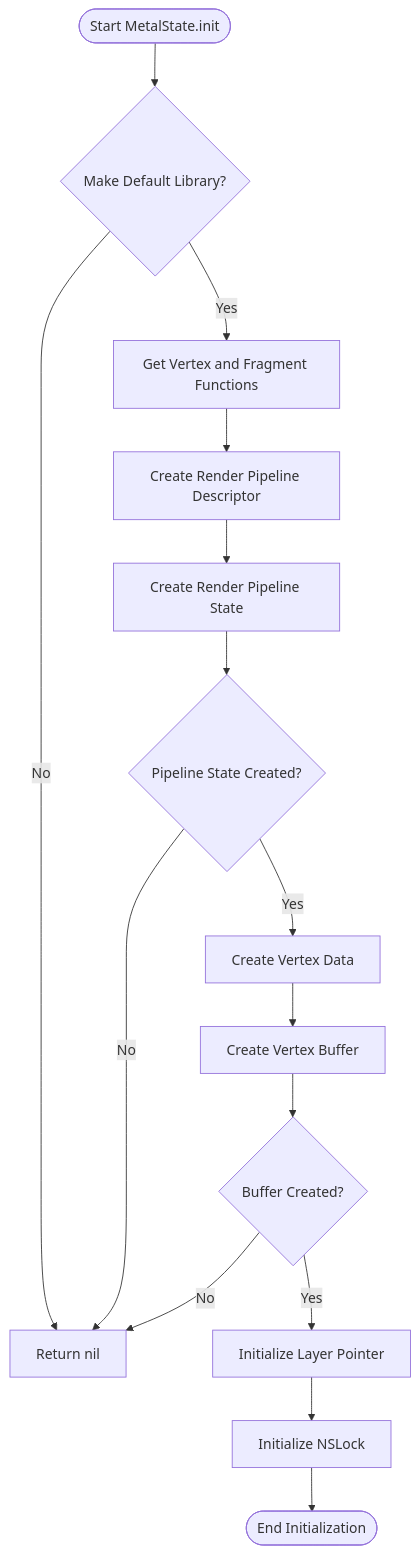
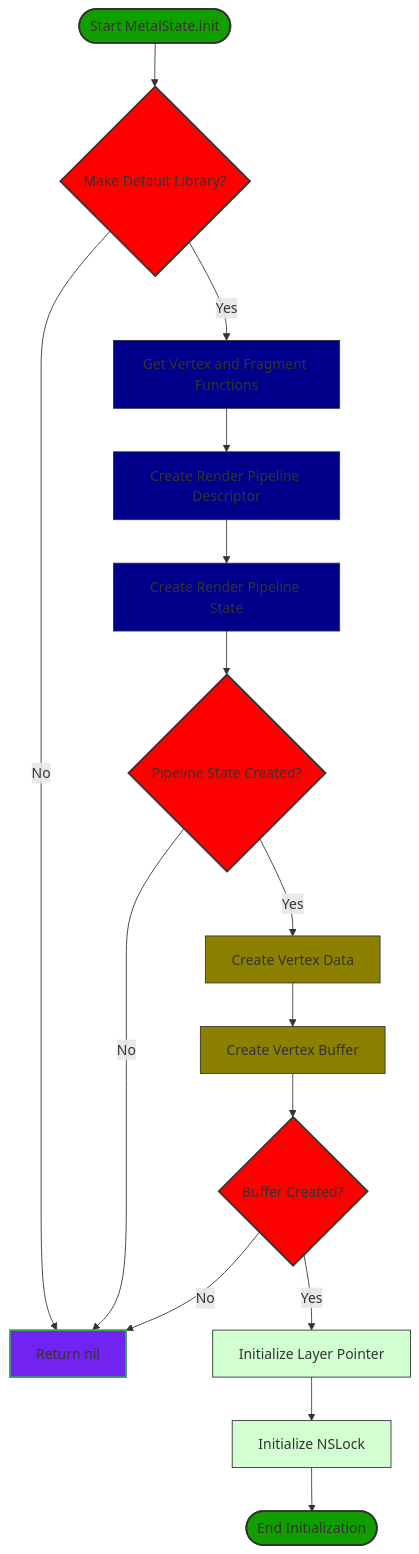
One commit to CongLeSolutionX/Metal-Primitives changed diagram 24 of 25 in Documentation.md. Above: the diagram before and after it, drawn with Mermaid.

Commit message:
update doc with color codes

````diff
--- a/Documentation.md
+++ b/Documentation.md
@@ -1049,27 +1049,46 @@
 ```mermaid
 flowchart TD
-    Start([Start MetalState.init])
-	Start --> CheckLibrary{Make Default Library?}
+%%%%%% Define styles
+%% Define style for crtitical points on the flowchart
+classDef Decision fill:#F7E6,stroke:#FBBC05,stroke-width:2px
+classDef StartEndInitialization fill:#119F00, stroke:#333, stroke-width:2px
+classDef ReturnNil fill:#7222F1, stroke:#34A853, stroke-width:2px
+
+%% Define style for question
+classDef CheckLibrary fill:#ff0000, stroke:#333, stroke-width:2px
+classDef CheckPipelineState fill:#ff0000, stroke:#333, stroke-width:2px
+classDef CheckBuffer fill:#ff0000, stroke:#333, stroke-width:2px
+
+%% Define style for operators
+classDef PipelineStateOperators fill:#00008B, stroke:#333, stroke-width:1px
+classDef VertexBufferOperators fill:#8B8000, stroke:#333, stroke-width:1px
+classDef OtherCommandOperators fill:#2F23, stroke:#333, stroke-width:1px
+
+
+%%%%%% Starting the flowchart
+    Start([Start MetalState.init]):::StartEndInitialization
+	Start --> CheckLibrary{Make Default Library?}:::CheckLibrary
     CheckLibrary -- No --> ReturnNil[Return nil]
-    CheckLibrary -- Yes --> GetFunctions[Get Vertex and Fragment Functions]
+    CheckLibrary -- Yes --> GetFunctions[Get Vertex and Fragment Functions]:::PipelineStateOperators
     
     
-    CreateDescriptor[Create Render Pipeline Descriptor]
+    CreateDescriptor[Create Render Pipeline Descriptor]:::PipelineStateOperators
 
 	GetFunctions -->  CreateDescriptor
 
-    CreatePipelineState[Create Render Pipeline State]
+    CreatePipelineState[Create Render Pipeline State]:::PipelineStateOperators
 	
 	CreateDescriptor -->  CreatePipelineState
     
-    CreatePipelineState --> CheckPipelineState{Pipeline State Created?}
+    CreatePipelineState --> CheckPipelineState{Pipeline State Created?}:::CheckPipelineState
 
     CheckPipelineState -- No --> ReturnNil
-    CheckPipelineState -- Yes --> CreateVertices[Create Vertex Data]
-    CreateVertices --> CreateBuffer[Create Vertex Buffer]
-    CreateBuffer --> CheckBuffer{Buffer Created?}
-    CheckBuffer -- No --> ReturnNil
-    CheckBuffer -- Yes --> InitLayerPointer[Initialize Layer Pointer]
-    InitLayerPointer --> InitLock[Initialize NSLock]
-    InitLock --> End([End Initialization])
+    CheckPipelineState -- Yes --> CreateVertices[Create Vertex Data]:::VertexBufferOperators
+    CreateVertices --> CreateBuffer[Create Vertex Buffer]:::VertexBufferOperators
+    CreateBuffer --> CheckBuffer{Buffer Created?}:::CheckBuffer
+    CheckBuffer -- No --> ReturnNil:::ReturnNil
+    CheckBuffer -- Yes --> InitLayerPointer[Initialize Layer Pointer]:::OtherCommandOperators
+    InitLayerPointer --> InitLock[Initialize NSLock]:::OtherCommandOperators
+    InitLock --> End([End Initialization]):::StartEndInitialization
+    
 ```
````
